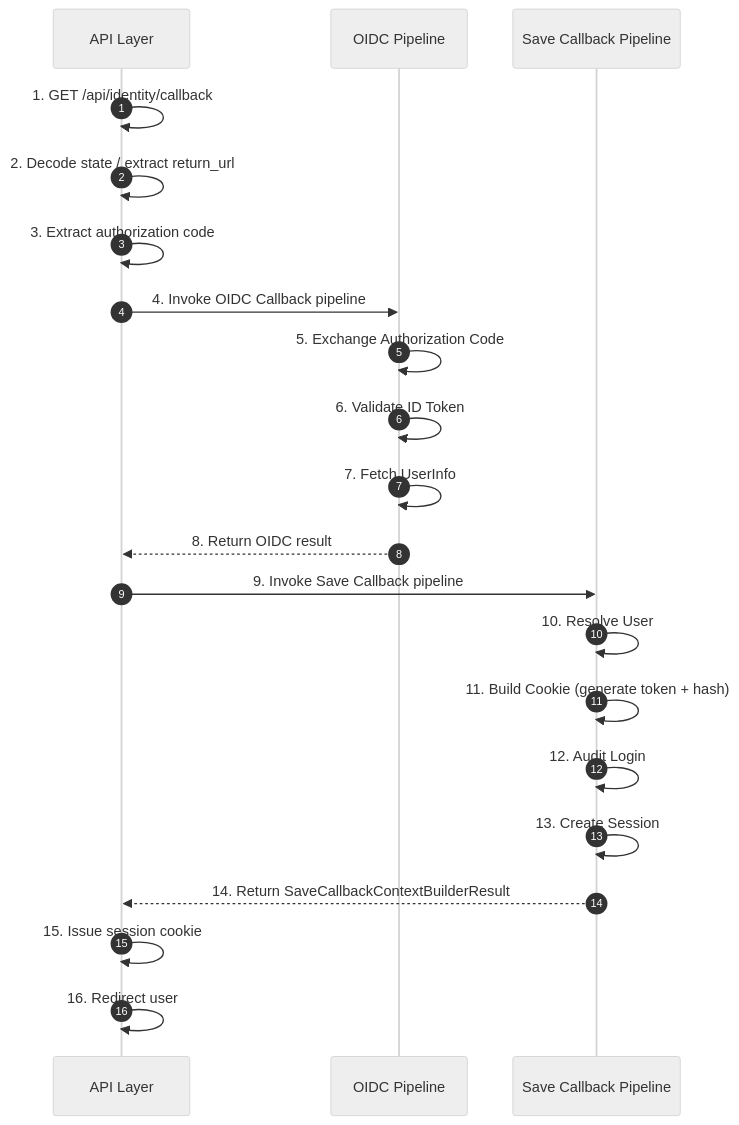
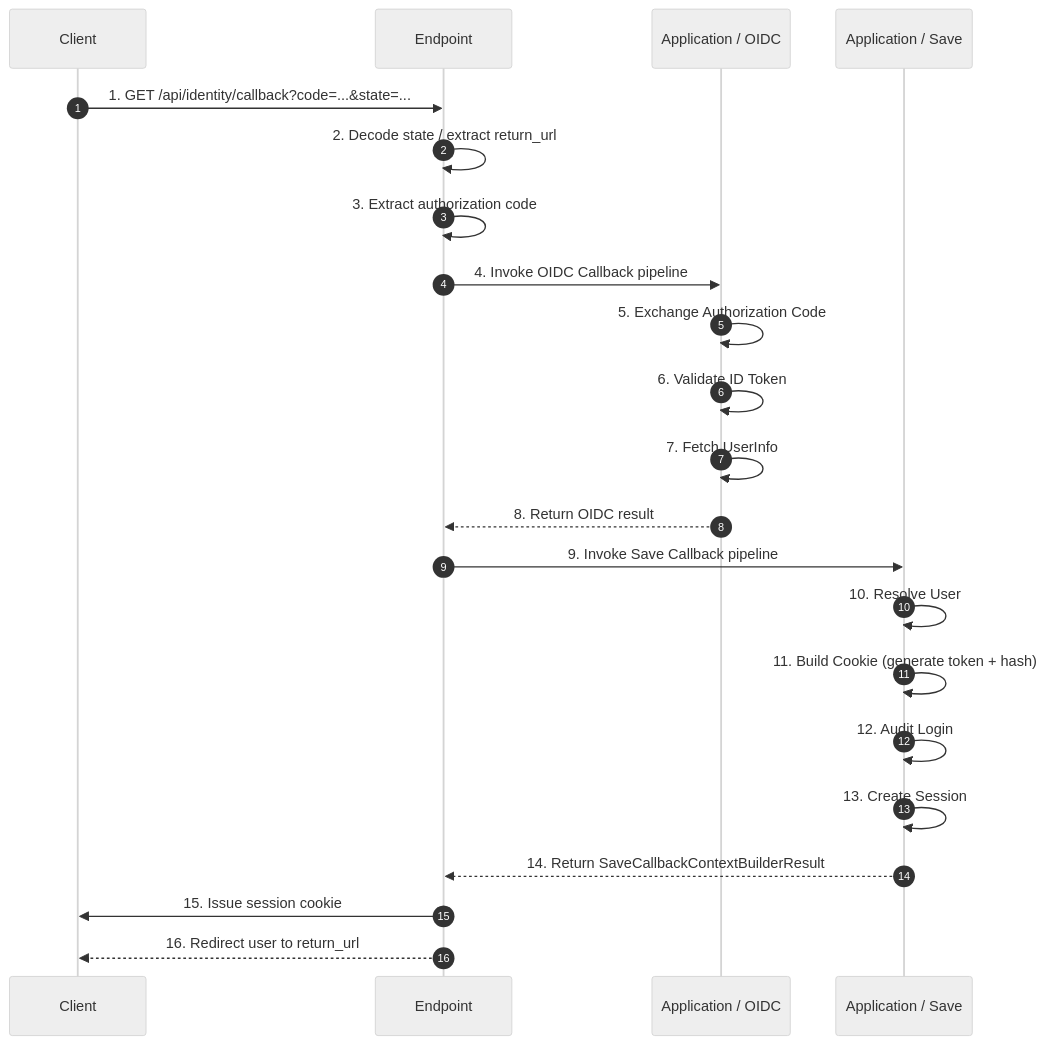
One commit to FrankJHughes/camp-fit-fur-dogs changed the diagram in docs/Frank/Identity/guides/developer/callback/README.md. Above: the diagram before and after it, drawn with Mermaid (neutral theme). The commit also changed other lines of this file and 20 other files, not shown here.

Commit message:
document: use sequence instead of swimlane diagrams and add the top level developer guide for frank identity

````diff
--- a/docs/Frank/Identity/guides/developer/callback/README.md
+++ b/docs/Frank/Identity/guides/developer/callback/README.md
@@ -28,30 +29,32 @@
 ```mermaid
 sequenceDiagram
     autonumber
 
-    participant API as API Layer
-    participant OIDC as OIDC Pipeline
-    participant SAVE as Save Callback Pipeline
+    participant CLIENT as Client
+    participant API as Endpoint
+    participant OIDC as Application / OIDC
+    participant SAVE as Application / Save
 
-    API->>API: 1. GET /api/identity/callback
+    CLIENT->>API: 1. GET /api/identity/callback?code=...&state=...
+
     API->>API: 2. Decode state / extract return_url
     API->>API: 3. Extract authorization code
 
     API->>OIDC: 4. Invoke OIDC Callback pipeline
     OIDC->>OIDC: 5. Exchange Authorization Code
     OIDC->>OIDC: 6. Validate ID Token
     OIDC->>OIDC: 7. Fetch UserInfo
     OIDC-->>API: 8. Return OIDC result
 
     API->>SAVE: 9. Invoke Save Callback pipeline
 
     SAVE->>SAVE: 10. Resolve User
     SAVE->>SAVE: 11. Build Cookie (generate token + hash)
     SAVE->>SAVE: 12. Audit Login
     SAVE->>SAVE: 13. Create Session
 
     SAVE-->>API: 14. Return SaveCallbackContextBuilderResult
 
-    API->>API: 15. Issue session cookie
-    API->>API: 16. Redirect user
+    API->>CLIENT: 15. Issue session cookie
+    API-->>CLIENT: 16. Redirect user to return_url
 ```
````
